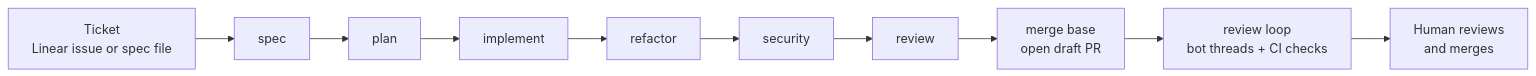
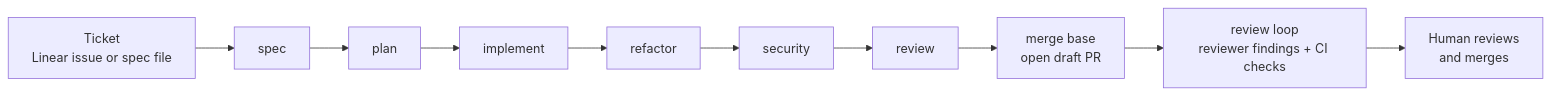
One commit to perkzen/fabrika changed the first of 3 diagrams in README.md. Above: the diagram before and after it, drawn with Mermaid.

Commit message:
docs: the overview diagram stops promising threads a repo may have no bot for
Story 15 asks the diagram to stop implying a bot review is always part of
the wait; the review-loop diagram lost the claim and this one kept it.
Under review.provider none the loop turns on the checks alone.

````diff
--- a/README.md
+++ b/README.md
@@ -15,12 +15,12 @@
 ```mermaid
 flowchart LR
     T["Ticket<br/>Linear issue or spec file"] --> S[spec]
     S --> P[plan]
     P --> I[implement]
     I --> A[refactor]
     A --> SE[security]
     SE --> R[review]
     R --> M["merge base<br/>open draft PR"]
-    M --> L["review loop<br/>bot threads + CI checks"]
+    M --> L["review loop<br/>reviewer findings + CI checks"]
     L --> H["Human reviews<br/>and merges"]
 ```
````
